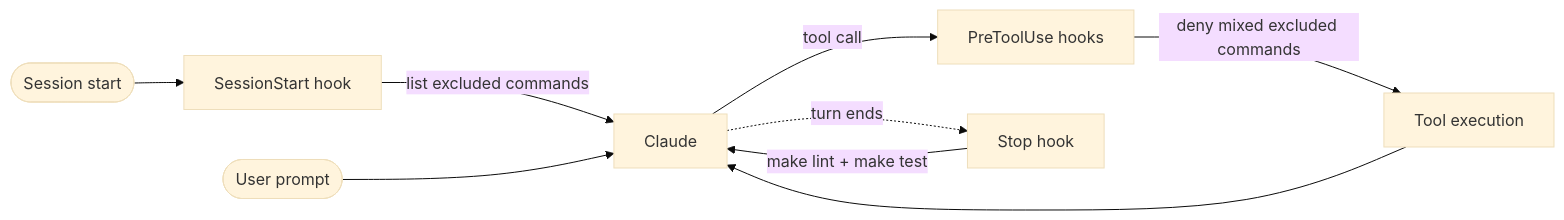
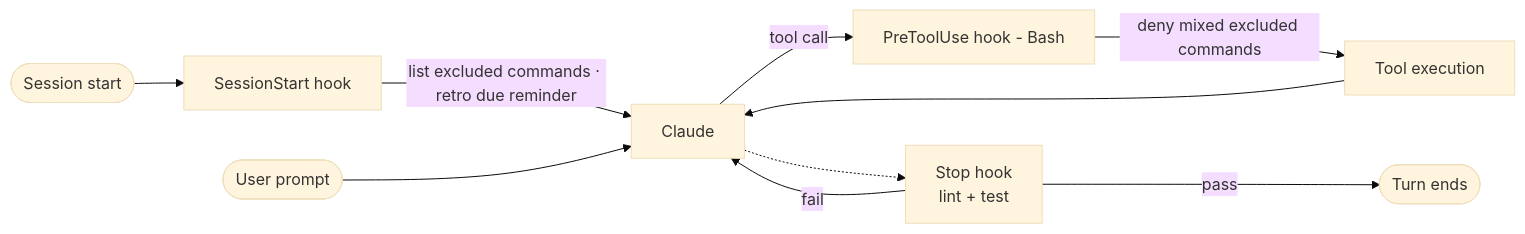
Before and after one commit to berekvolgyipeter/dotclaude: the seventh of 7 diagrams in README.md, drawn with Mermaid (base theme). The commit also changed other lines of this file and 97 other files, not shown here.

````diff
--- a/README.md
+++ b/README.md
@@ -23,11 +86,12 @@
 ```mermaid
 flowchart LR
     Start([Session start]) --> Notice[SessionStart hook]
-    Notice -->|list excluded commands| Claude
+    Notice -->|list excluded commands · retro due reminder| Claude
     User([User prompt]) --> Claude
-    Claude -->|tool call| Pre[PreToolUse hooks]
+    Claude -->|tool call| Pre[PreToolUse hook - Bash]
     Pre -->|deny mixed excluded commands| Tool[Tool execution]
     Tool --> Claude
-    Claude -.turn ends.-> Stop[Stop hook]
-    Stop -->|make lint + make test| Claude
+    Claude -.-> Stop[Stop hook<br/>lint + test]
+    Stop -->|pass| Done([Turn ends])
+    Stop -->|fail| Claude
 ```
````
